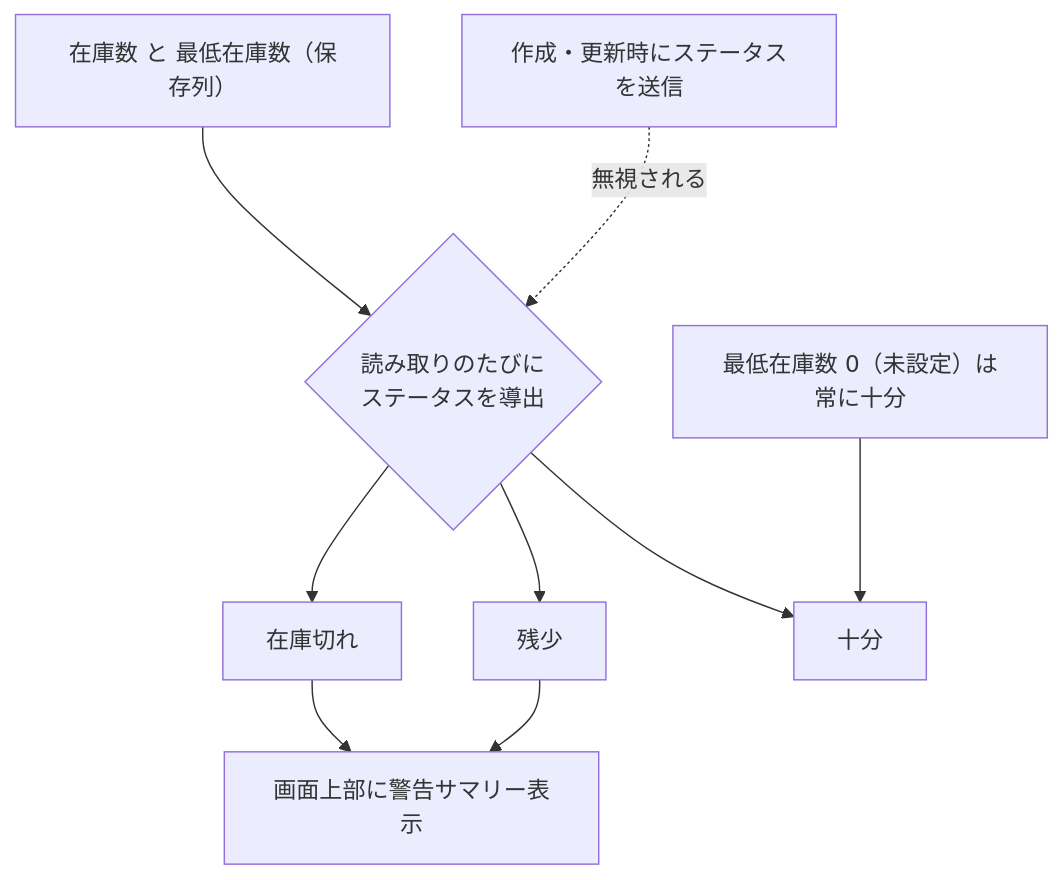
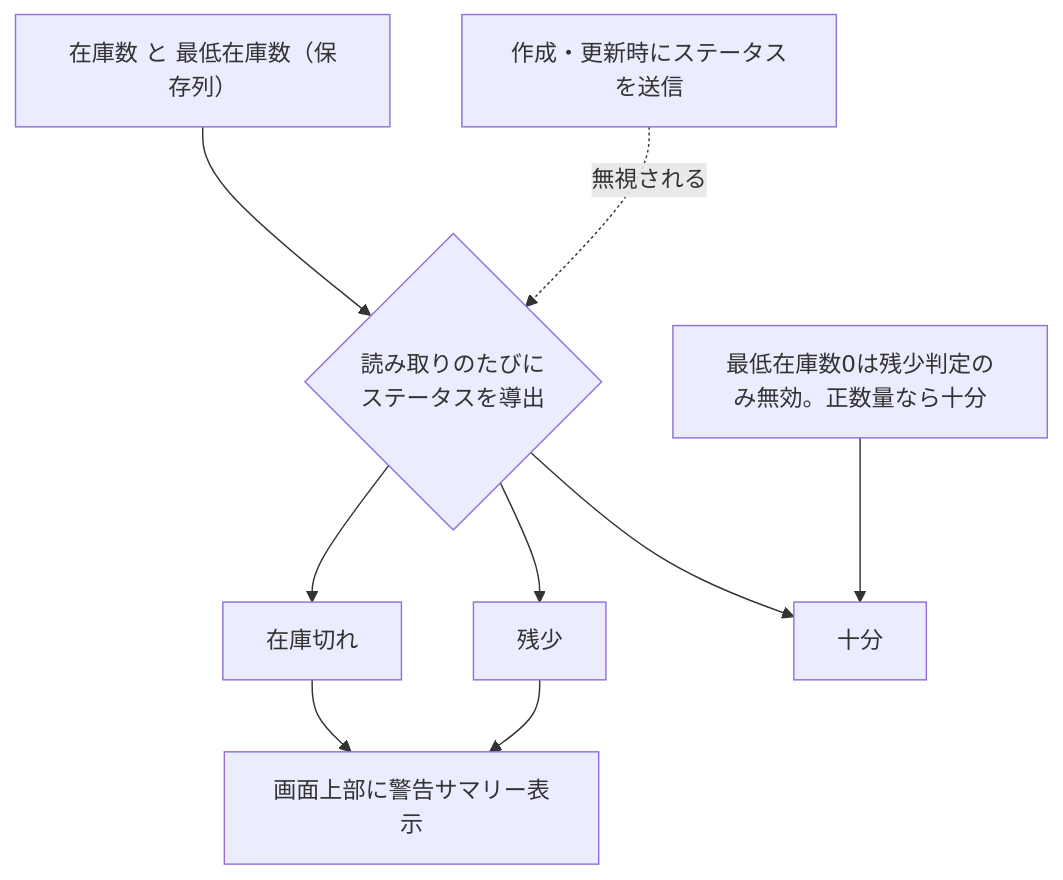
One commit to MinoruSoga/AnimalEkarte changed the diagram in docs/spec/screens/18-inventory-list.md. Above: the diagram before and after it, drawn with Mermaid. The commit also changed other lines of this file and 123 other files, not shown here.

````diff
--- a/docs/spec/screens/18-inventory-list.md
+++ b/docs/spec/screens/18-inventory-list.md
@@ -34,11 +46,11 @@
 ```mermaid
 flowchart TB
     S["在庫数 と 最低在庫数（保存列）"] --> D{"読み取りのたびに<br/>ステータスを導出"}
     D --> X["在庫切れ"]
     D --> Y["残少"]
     D --> Z["十分"]
-    M["最低在庫数 0（未設定）は常に十分"] --> Z
+    M["最低在庫数0は残少判定のみ無効。正数量なら十分"] --> Z
     X --> Al["画面上部に警告サマリー表示"]
     Y --> Al
     W["作成・更新時にステータスを送信"] -. 無視される .-> D
 ```
````
